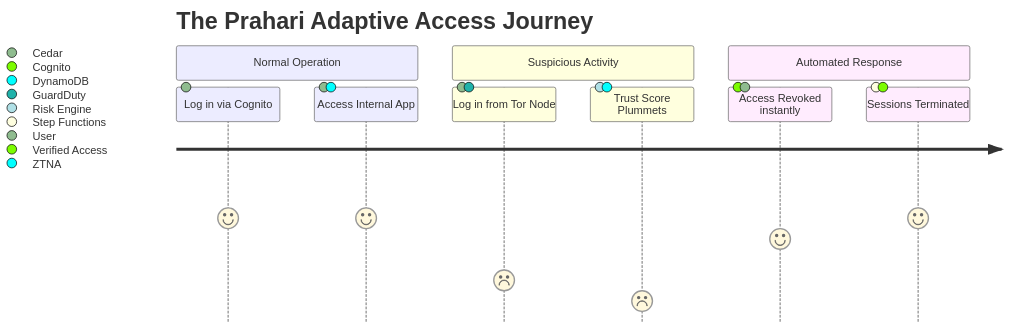
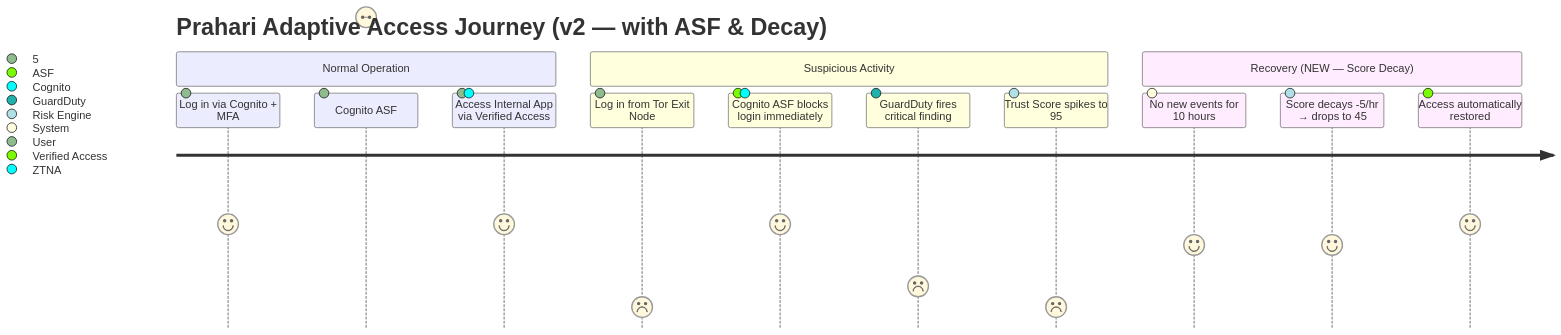
The second of 10 diagrams in docs/diagrams.md (nextgensoumen/prahari-ztna-aws), drawn with Mermaid before and after one commit. The commit also changed other lines of this file and 1 other file, not shown here.

Commit message:
docs: Update diagrams v2 with all Phase 2 changes + memory log 06

````diff
--- a/docs/diagrams.md
+++ b/docs/diagrams.md
@@ -39,13 +42,17 @@
 ```mermaid
 journey
-    title The Prahari Adaptive Access Journey
+    title Prahari Adaptive Access Journey (v2 — with ASF & Decay)
     section Normal Operation
-      Log in via Cognito: 5: User
-      Access Internal App: 5: User, ZTNA
+      Log in via Cognito + MFA: 5: User
+      Cognito ASF: risk score = LOW: 5: ASF
+      Access Internal App via Verified Access: 5: User, ZTNA
     section Suspicious Activity
-      Log in from Tor Node: 2: User, GuardDuty
-      Trust Score Plummets: 1: Risk Engine, DynamoDB
-    section Automated Response
-      Access Revoked instantly: 4: Verified Access, Cedar
-      Sessions Terminated: 5: Step Functions, Cognito
+      Log in from Tor Exit Node: 1: User
+      Cognito ASF blocks login immediately: 5: ASF, Cognito
+      GuardDuty fires critical finding: 2: GuardDuty
+      Trust Score spikes to 95: 1: Risk Engine
+    section Recovery (NEW — Score Decay)
+      No new events for 10 hours: 4: System
+      Score decays -5/hr → drops to 45: 4: Risk Engine
+      Access automatically restored: 5: Verified Access
 ```
````
